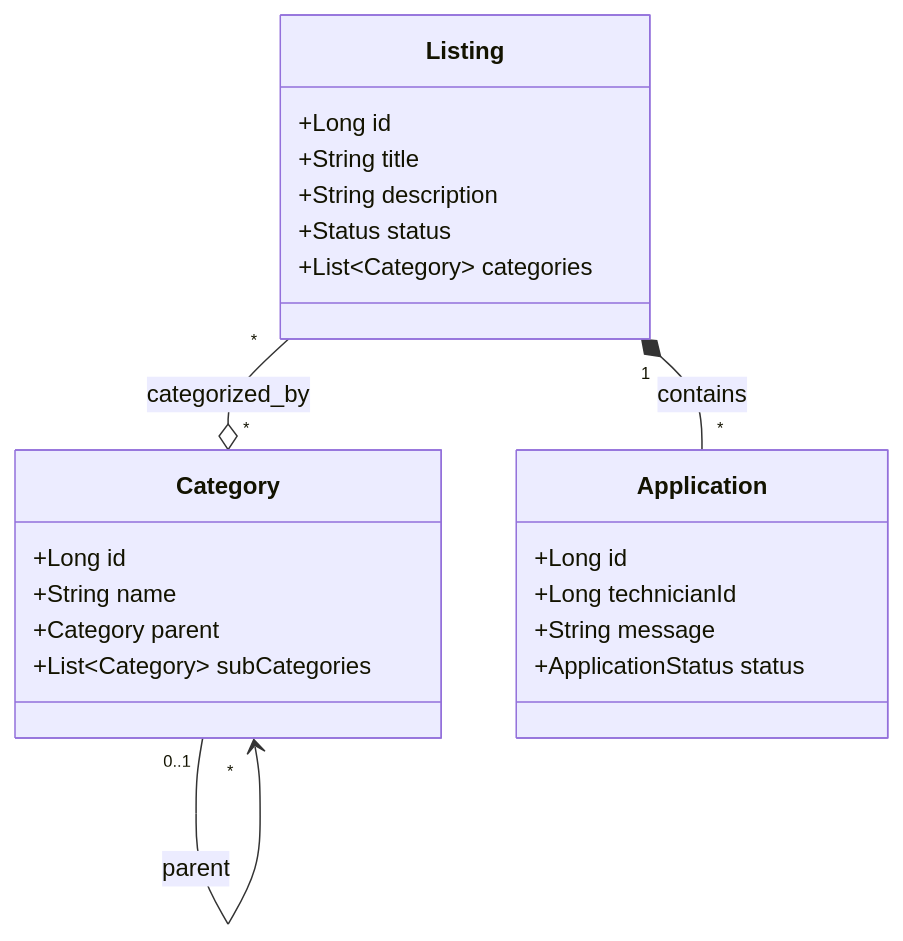
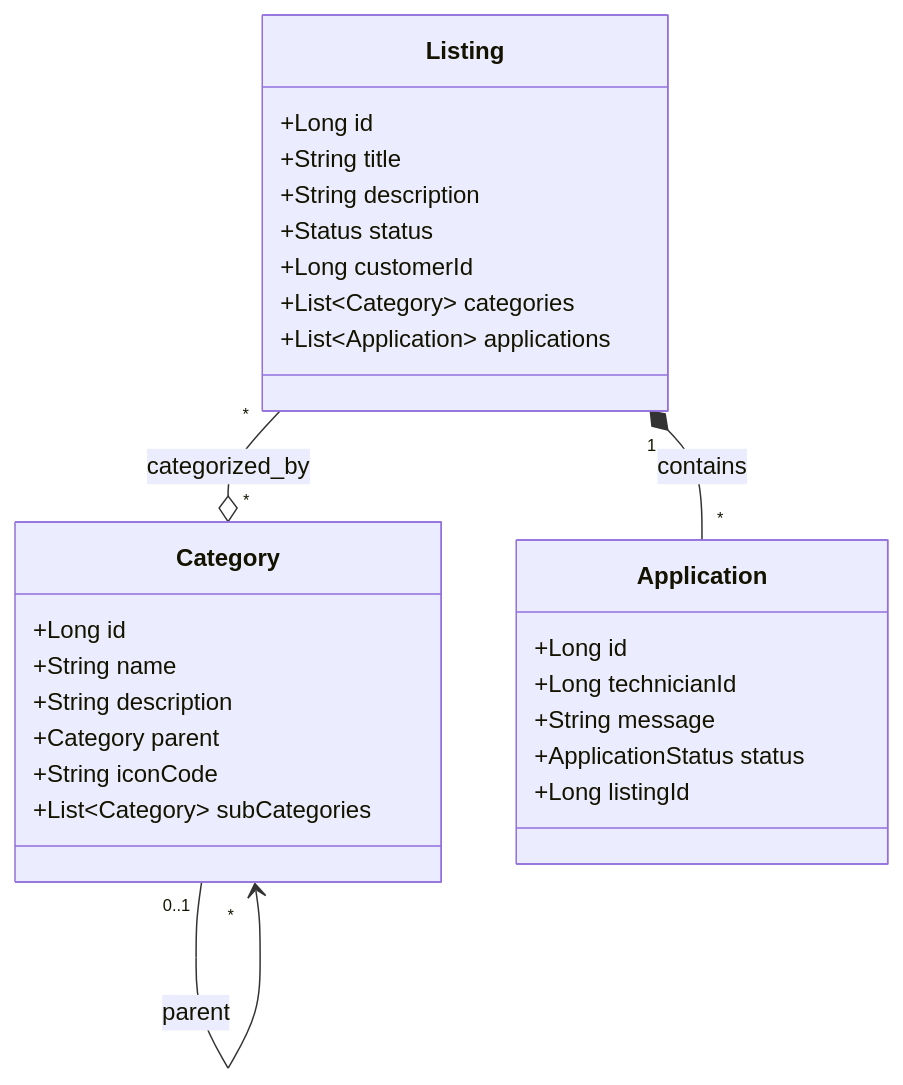
One commit to Oussama-Berrazaga/SkillBridge changed the diagram in docs/listing-service/data-model.md. Above: the diagram before and after it, drawn with Mermaid. The commit also changed 13 other files, not shown here.

Commit message:
Initialize listing service with basic structure and configuration files; add Category entity and application properties

````diff
--- a/docs/listing-service/data-model.md
+++ b/docs/listing-service/data-model.md
@@ -5,30 +5,33 @@
 ```mermaid
 classDiagram
     class Category {
         +Long id
         +String name
+        +String description
         +Category parent
+        +String iconCode
         +List~Category~ subCategories
     }
 
     class Listing {
         +Long id
         +String title
         +String description
         +Status status
+        +Long customerId
         +List~Category~ categories
+        +List~Application~ applications
     }
 
     class Application {
         +Long id
         +Long technicianId
         +String message
         +ApplicationStatus status
+        +Long listingId
     }
 
     Category "0..1" --> "*" Category : parent
     Listing "1" *-- "*" Application : contains
     Listing "*" --o "*" Category : categorized_by
-
-
 ```
````
